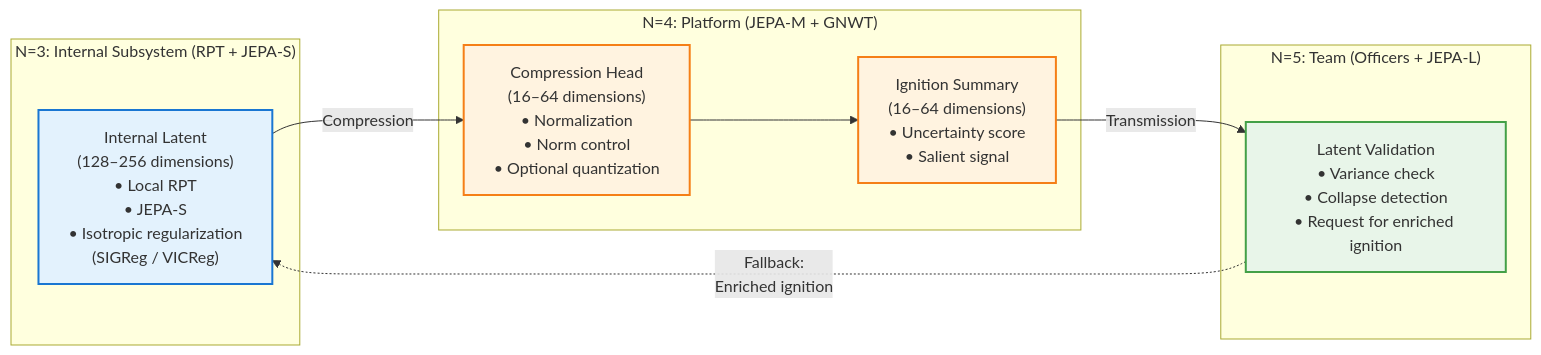
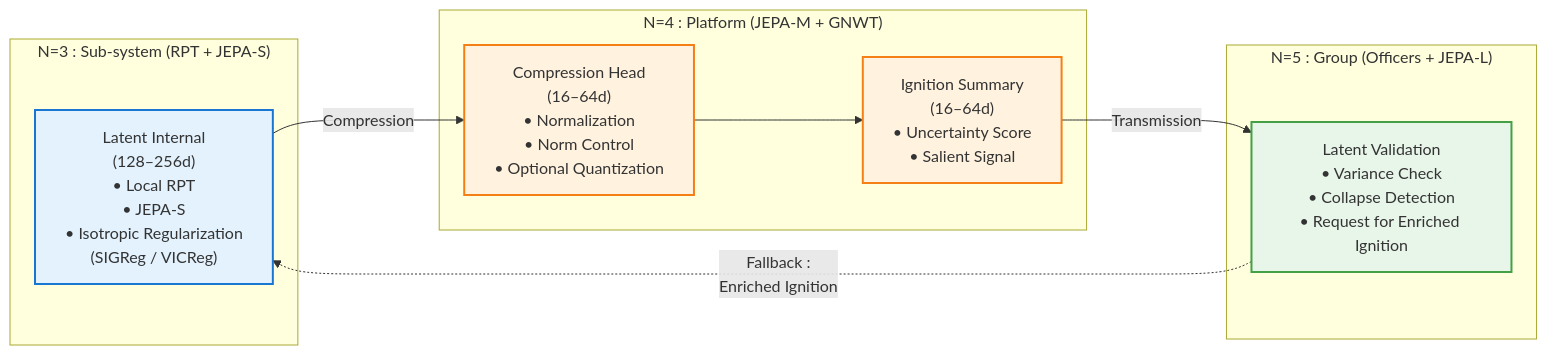
The seventh of 8 diagrams in architecture/architecture.md (AlainCo/GNWT-Garrigue-X-en), drawn with Mermaid before and after one commit. The commit also changed other lines of this file and 22 other files, not shown here.

````diff
--- a/architecture/architecture.md
+++ b/architecture/architecture.md
@@ -172,28 +168,28 @@
 ```mermaid
 flowchart LR
-    subgraph N3 ["N=3: Internal Subsystem (RPT + JEPA-S)"]
-        L3["Internal Latent\n(128–256 dimensions)\n• Local RPT\n• JEPA-S\n• Isotropic regularization\n(SIGReg / VICReg)"]
+    subgraph N3 ["N=3 : Sub-system (RPT + JEPA-S)"]
+        L3["Latent Internal\n(128–256d)\n• Local RPT\n• JEPA-S\n• Isotropic Regularization\n(SIGReg / VICReg)"]
     end
 
-    subgraph N4 ["N=4: Platform (JEPA-M + GNWT)"]
-        C4["Compression Head\n(16–64 dimensions)\n• Normalization\n• Norm control\n• Optional quantization"]
-        L4["Ignition Summary\n(16–64 dimensions)\n• Uncertainty score\n• Salient signal"]
+    subgraph N4 ["N=4 : Platform (JEPA-M + GNWT)"]
+        C4["Compression Head\n(16–64d)\n• Normalization\n• Norm Control\n• Optional Quantization"]
+        L4["Ignition Summary\n(16–64d)\n• Uncertainty Score\n• Salient Signal"]
     end
 
-    subgraph N5 ["N=5: Team (Officers + JEPA-L)"]
-        V5["Latent Validation\n• Variance check\n• Collapse detection\n• Request for enriched ignition"]
+    subgraph N5 ["N=5 : Group (Officers + JEPA-L)"]
+        V5["Latent Validation\n• Variance Check\n• Collapse Detection\n• Request for Enriched Ignition"]
     end
 
     L3 -->|"Compression"| C4 --> L4 -->|"Transmission"| V5
 
-    V5 -.->|"Fallback:\nEnriched ignition"| L3
+    V5 -.->|"Fallback :\nEnriched Ignition"| L3
 
     classDef latent fill:#e3f2fd,stroke:#1976d2,stroke-width:2px
     classDef comp fill:#fff3e0,stroke:#f57f17,stroke-width:2px
     classDef val fill:#e8f5e9,stroke:#43a047,stroke-width:2px
 
     class L3 latent
     class C4 comp
     class L4 comp
     class V5 val
 ```
````
